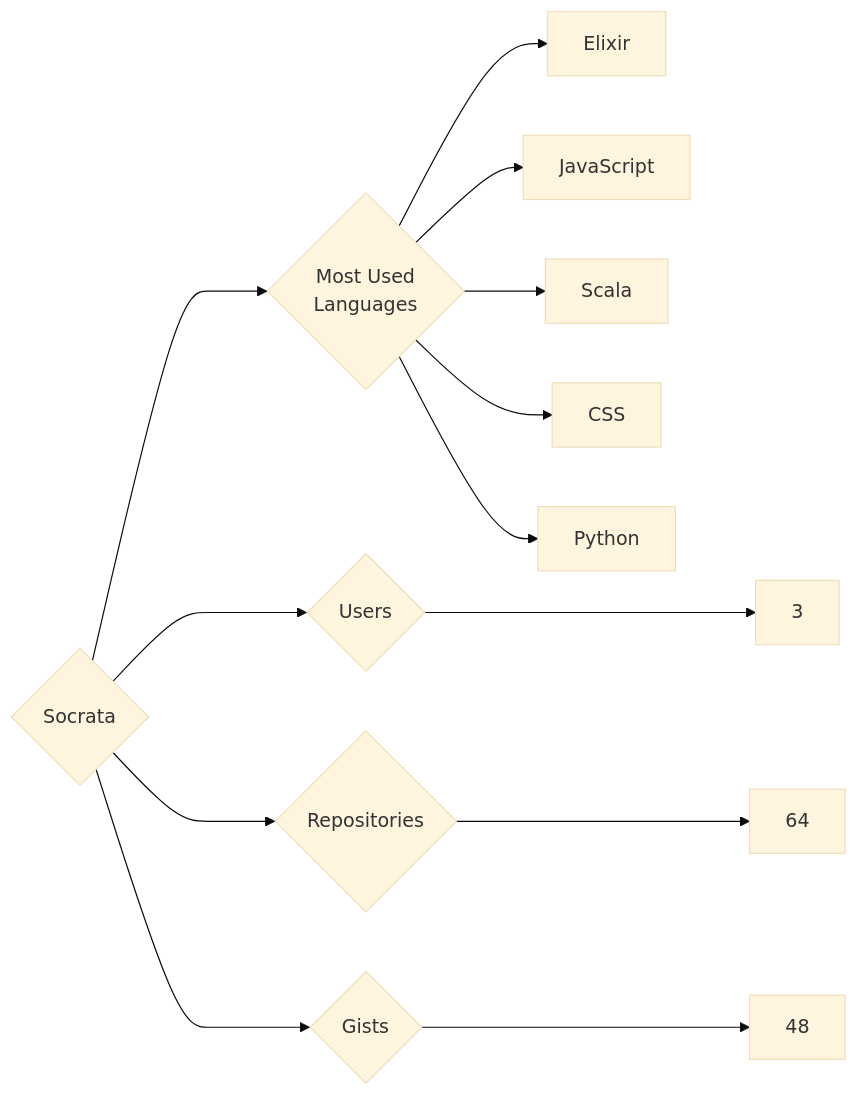
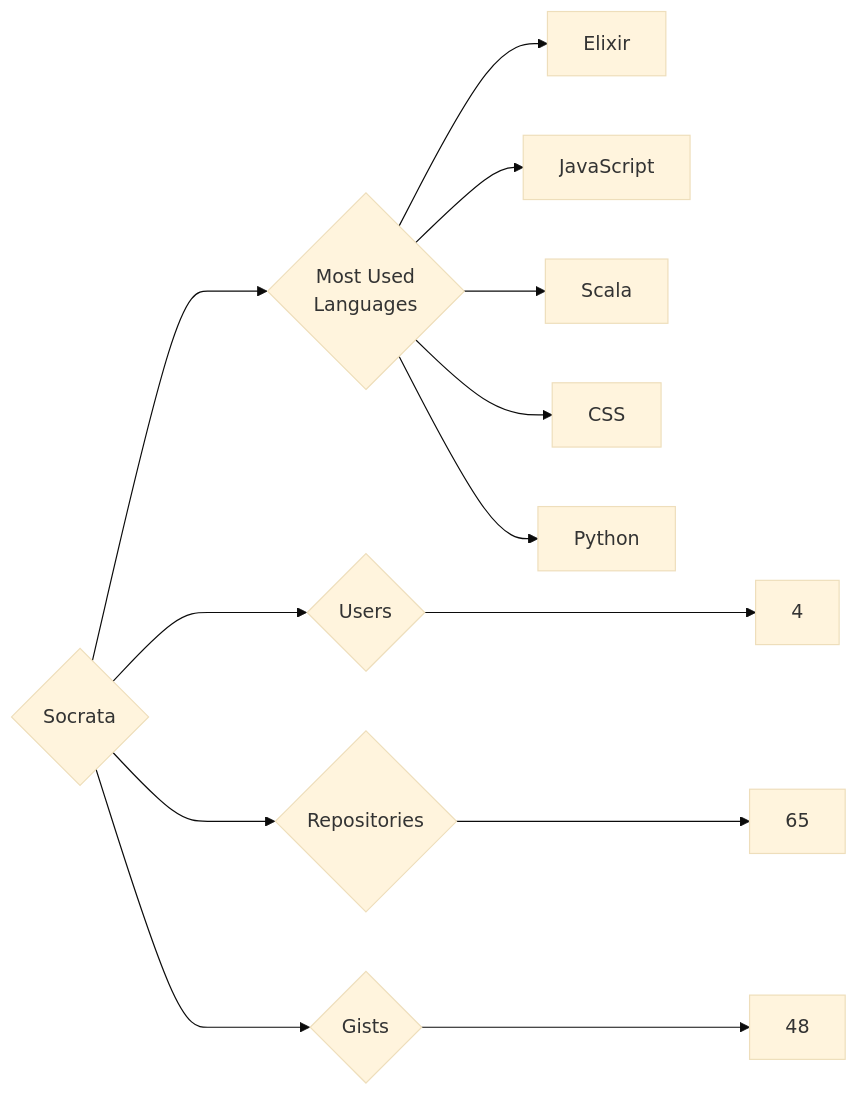
The diagram in targets/Socrata/README.md (trickest/insiders), drawn with Mermaid (base theme) before and after one commit. The commit also changed 681 other files, not shown here.

````diff
--- a/targets/Socrata/README.md
+++ b/targets/Socrata/README.md
@@ -3,13 +3,13 @@
 ```mermaid
 graph LR
 COMPANY_NAME{Socrata}
-COMPANY_NAME ---> U{Users} ---> UN[3]
-COMPANY_NAME ---> R{Repositories} ---> RN[64]
+COMPANY_NAME ---> U{Users} ---> UN[4]
+COMPANY_NAME ---> R{Repositories} ---> RN[65]
 COMPANY_NAME ---> G{Gists} ---> GN[48]
 COMPANY_NAME ---> ML{Most Used<br>Languages}
 ML --> Elixir[Elixir]
 ML --> JavaScript[JavaScript]
 ML --> Scala[Scala]
 ML --> CSS[CSS]
 ML --> Python[Python]
 ```
````
